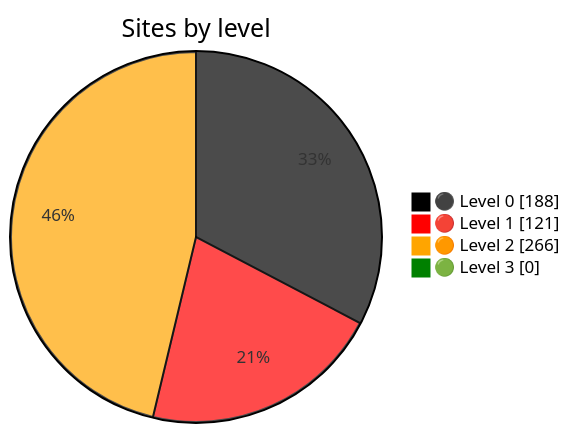
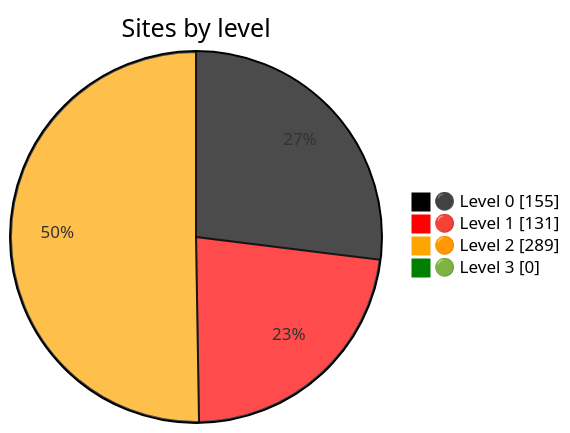
One commit to nuuuwan/gov_lk_web_auditor changed the diagram in README.md. Above: the diagram before and after it, drawn with Mermaid. The commit also changed other lines of this file and 2663 other files, not shown here.

````diff
--- a/README.md
+++ b/README.md
@@ -24,9 +24,9 @@
 ```mermaid
 %%{init: {"themeVariables":{"pie1":"black","pie2":"red","pie3":"orange","pie4":"green"}}}%%
 pie showData
     title Sites by level
-    "⚫ Level 0" : 188
-    "🔴 Level 1" : 121
-    "🟠 Level 2" : 266
+    "⚫ Level 0" : 155
+    "🔴 Level 1" : 131
+    "🟠 Level 2" : 289
     "🟢 Level 3" : 0
 ```
````
